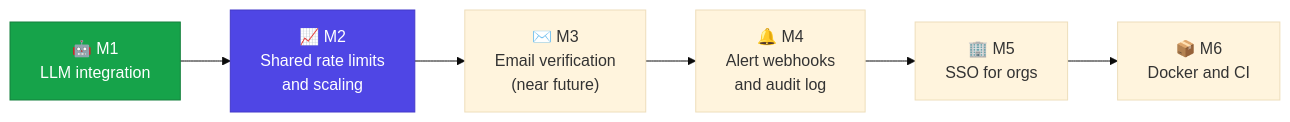
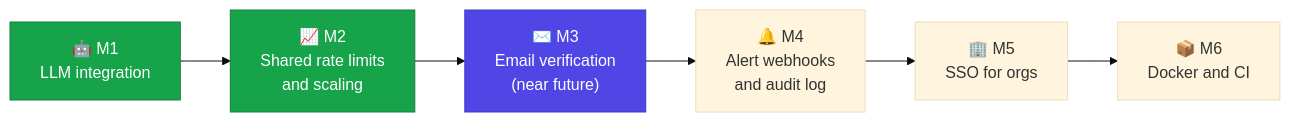
The second of 2 diagrams in README.md (parag25mcf10022/API-Token_Abuse-protection-POC), drawn with Mermaid (base theme) before and after one commit. The commit also changed other lines of this file and 6 other files, not shown here.

````diff
--- a/README.md
+++ b/README.md
@@ -292,10 +294,11 @@
 ```mermaid
 flowchart LR
     M1["🤖 M1<br/>LLM integration"] --> M2["📈 M2<br/>Shared rate limits<br/>and scaling"]
     M2 --> M3["✉️ M3<br/>Email verification<br/>(near future)"]
     M3 --> M4["🔔 M4<br/>Alert webhooks<br/>and audit log"]
     M4 --> M5["🏢 M5<br/>SSO for orgs"]
     M5 --> M6["📦 M6<br/>Docker and CI"]
     style M1 fill:#16a34a,color:#fff,stroke:#15803d
-    style M2 fill:#4f46e5,color:#fff,stroke:#4338ca
+    style M2 fill:#16a34a,color:#fff,stroke:#15803d
+    style M3 fill:#4f46e5,color:#fff,stroke:#4338ca
 ```
````
